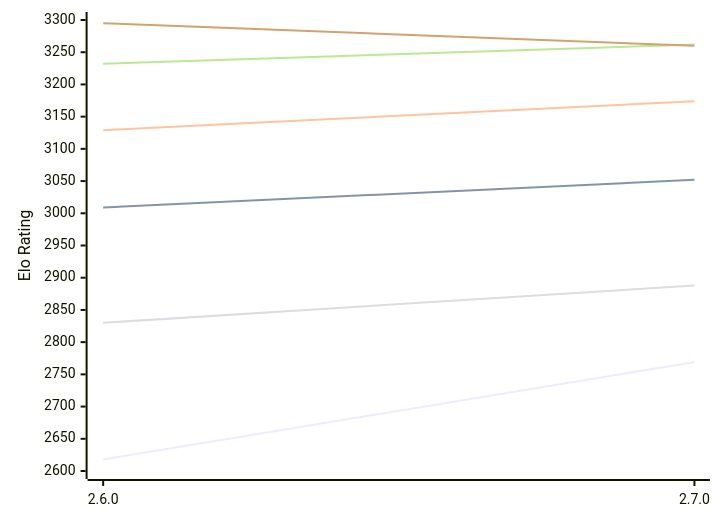
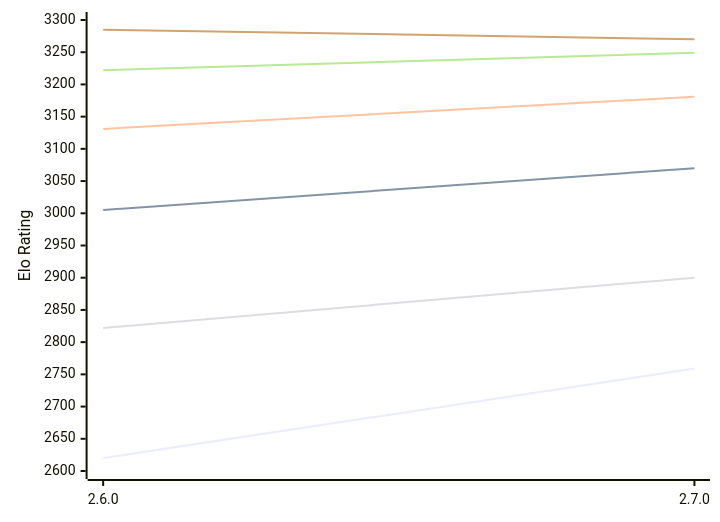
One commit to computer-chess-index/cci changed the first of 2 diagrams in engines/Sturddle2.md. Above: the diagram before and after it, drawn with Mermaid. The commit also changed other lines of this file, not shown here.

Commit message:
Update CCI Ratings (ELO VLTC) - 2026-10-12

````diff
--- a/engines/Sturddle2.md
+++ b/engines/Sturddle2.md
@@ -51,12 +51,12 @@
 ```mermaid
 %%{init: {"theme":"base","themeVariables":{"seriesColors:['#a3a3a3','#222221','#faa371']}}}%%
 xychart-beta
   x-axis ["2.6.0", "2.7.0"]
   y-axis "Elo Rating" 2600 --> 3300
-  line "E1: STC (8.0+0.08s)" [2618, 2769]
-  line "E1: LTC (60.0+0.60s)" [3009, 3052]
-  line "E1: VLTC (2m24s+1.12s)" [3129, 3174]
-  line "P1: STC (8.0+0.08s)" [2830, 2888]
-  line "P1: LTC (60.0+0.60s)" [3232, 3262]
-  line "P1: VLTC (2m24s+1.12s)" [3295, 3260]
+  line "E1: STC (8.0+0.08s)" [2620, 2759]
+  line "E1: LTC (60.0+0.60s)" [3005, 3070]
+  line "E1: VLTC (2m24s+1.12s)" [3131, 3181]
+  line "P1: STC (8.0+0.08s)" [2822, 2900]
+  line "P1: LTC (60.0+0.60s)" [3222, 3249]
+  line "P1: VLTC (2m24s+1.12s)" [3285, 3270]
 ```
````
